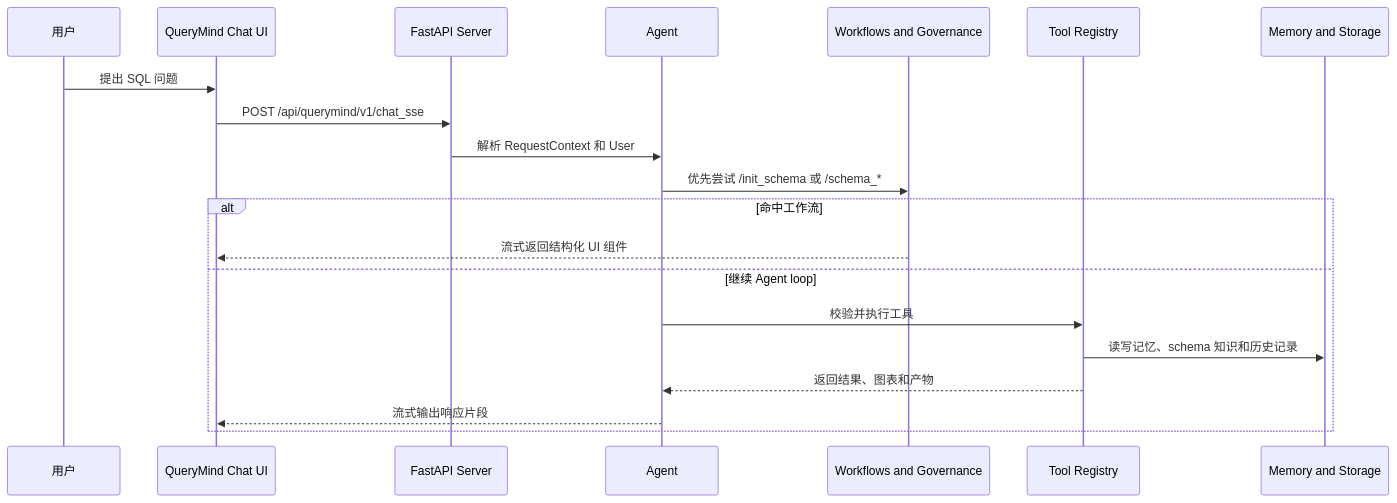
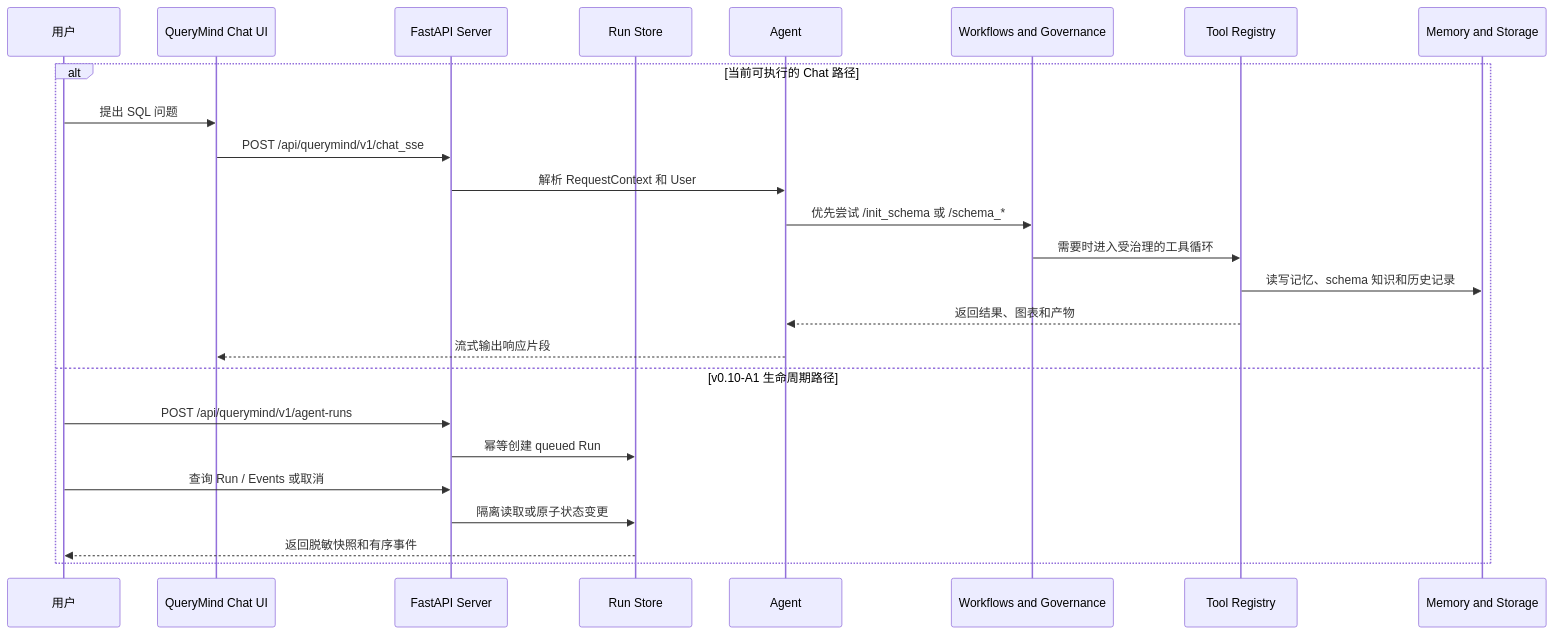
The diagram in README_zh.md (luyan9513/QueryMind-Enterprise), drawn with Mermaid before and after one commit. The commit also changed other lines of this file and 1 other file, not shown here.

Commit message:
docs: update READMEs for governed Text2SQL agent runtime

````diff
--- a/README_zh.md
+++ b/README_zh.md
@@ -98,23 +117,28 @@
 ```mermaid
 sequenceDiagram
     participant U as 用户
     participant UI as QueryMind Chat UI
     participant API as FastAPI Server
+    participant R as Run Store
     participant A as Agent
     participant W as Workflows and Governance
     participant T as Tool Registry
     participant M as Memory and Storage
 
-    U->>UI: 提出 SQL 问题
-    UI->>API: POST /api/querymind/v1/chat_sse
-    API->>A: 解析 RequestContext 和 User
-    A->>W: 优先尝试 /init_schema 或 /schema_*
-    alt 命中工作流
-        W-->>UI: 流式返回结构化 UI 组件
-    else 继续 Agent loop
-        A->>T: 校验并执行工具
+    alt 当前可执行的 Chat 路径
+        U->>UI: 提出 SQL 问题
+        UI->>API: POST /api/querymind/v1/chat_sse
+        API->>A: 解析 RequestContext 和 User
+        A->>W: 优先尝试 /init_schema 或 /schema_*
+        W->>T: 需要时进入受治理的工具循环
         T->>M: 读写记忆、schema 知识和历史记录
         T-->>A: 返回结果、图表和产物
         A-->>UI: 流式输出响应片段
+    else v0.10-A1 生命周期路径
+        U->>API: POST /api/querymind/v1/agent-runs
+        API->>R: 幂等创建 queued Run
+        U->>API: 查询 Run / Events 或取消
+        API->>R: 隔离读取或原子状态变更
+        R-->>U: 返回脱敏快照和有序事件
     end
 ```
````
